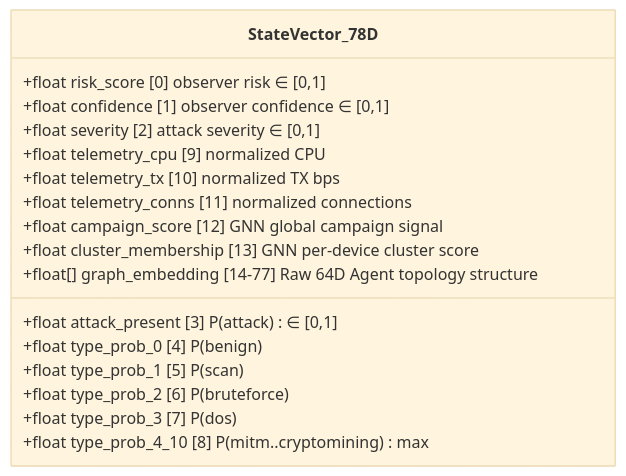
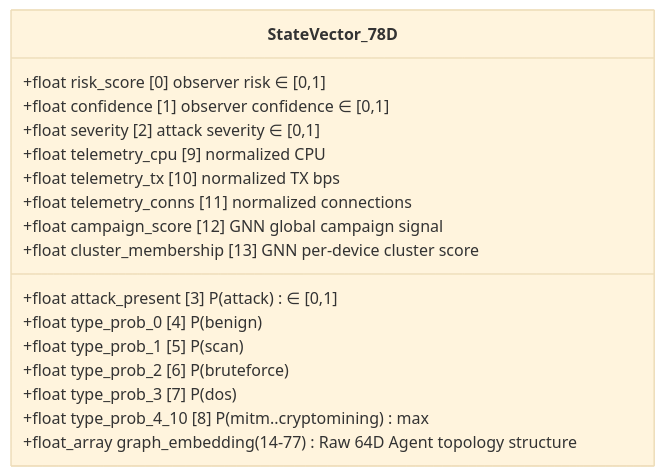
One commit to didi-09/AI_DRIVEN_SOAR changed the eighth of 15 diagrams in README.md. Above: the diagram before and after it, drawn with Mermaid (base theme). The commit also changed other lines of this file, not shown here.

````diff
--- a/README.md
+++ b/README.md
@@ -465,20 +465,20 @@
 ```mermaid
 classDiagram
     class StateVector_78D {
         +float risk_score         [0] observer risk ∈ [0,1]
         +float confidence         [1] observer confidence ∈ [0,1]
         +float severity           [2] attack severity ∈ [0,1]
         +float attack_present     [3] P(attack) ∈ [0,1]
         +float type_prob_0        [4] P(benign)
         +float type_prob_1        [5] P(scan)
         +float type_prob_2        [6] P(bruteforce)
         +float type_prob_3        [7] P(dos)
         +float type_prob_4_10     [8] P(mitm..cryptomining) max
         +float telemetry_cpu      [9] normalized CPU
         +float telemetry_tx       [10] normalized TX bps
         +float telemetry_conns    [11] normalized connections
         +float campaign_score     [12] GNN global campaign signal
         +float cluster_membership [13] GNN per-device cluster score
-        +float[] graph_embedding  [14-77] Raw 64D Agent topology structure
+        +float_array graph_embedding  (14-77) Raw 64D Agent topology structure
     }
 ```
````
